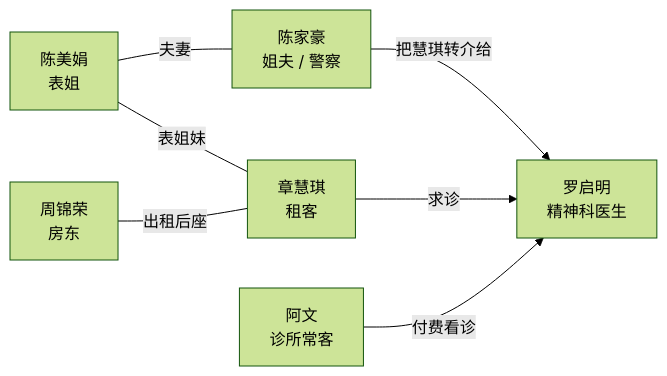
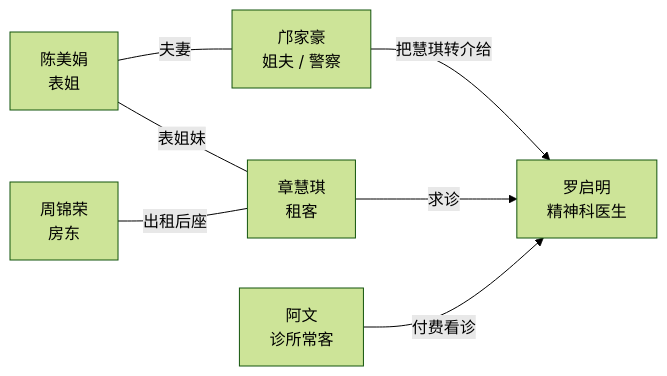
One commit to HSDCT1230/game_undo changed the first of 3 diagrams in 策划/人物/人物关系图.md. Above: the diagram before and after it, drawn with Mermaid (forest theme). The commit also changed other lines of this file and 80 other files, not shown here.

First line of the commit message:
人物改名：陈家豪 → 邝家豪（与陈美娟同姓会被读成兄妹）

````diff
--- a/策划/人物/人物关系图.md
+++ b/策划/人物/人物关系图.md
@@ -27,16 +27,16 @@
 ```mermaid
 flowchart LR
   ZH["章慧琪<br/>租客"]
   MJ["陈美娟<br/>表姐"]
-  CH["陈家豪<br/>姐夫 / 警察"]
+  CH["邝家豪<br/>姐夫 / 警察"]
   LUO["罗启明<br/>精神科医生"]
   ZHOU["周锦荣<br/>房东"]
   LOK["阿文<br/>诊所常客"]
 
   MJ ---|"表姐妹"| ZH
   MJ ---|"夫妻"| CH
   CH -->|"把慧琪转介给"| LUO
   ZH -->|"求诊"| LUO
   ZHOU ---|"出租后座"| ZH
   LOK -->|"付费看诊"| LUO
 ```
````
